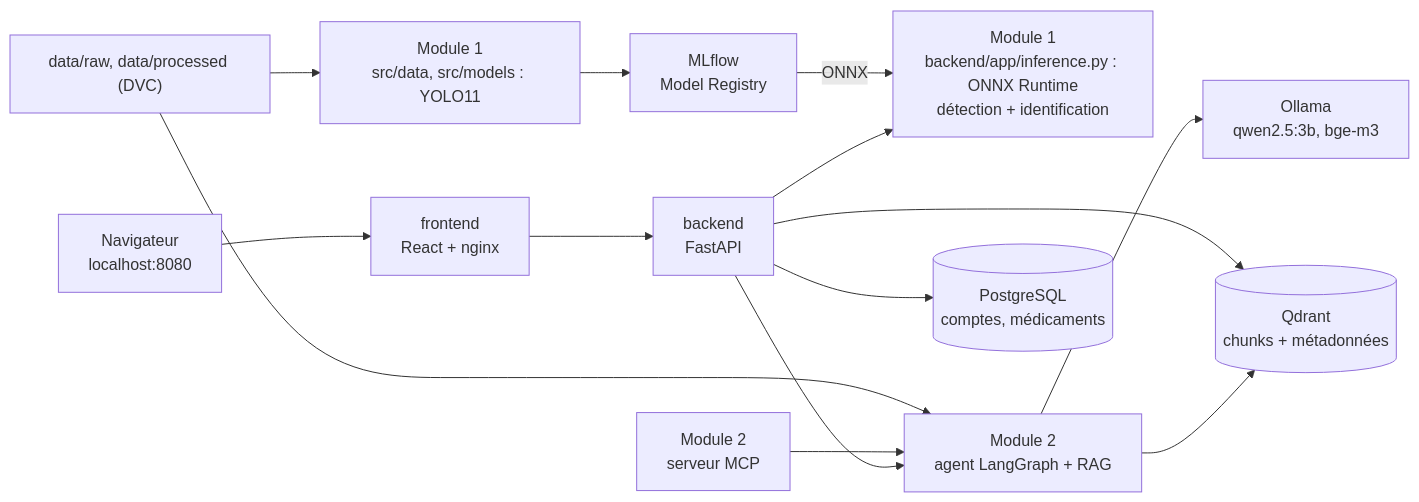
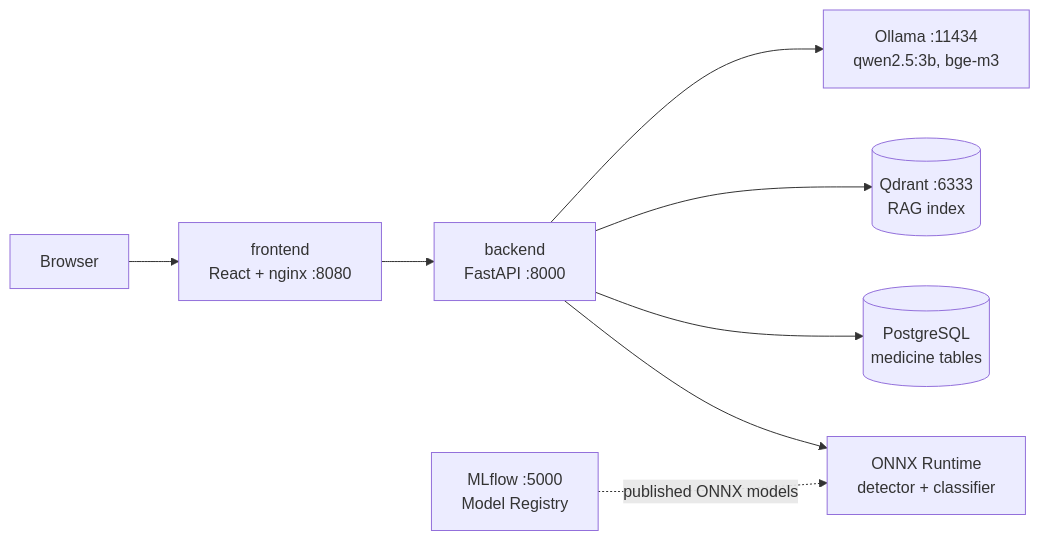
Before and after one commit to melekbouabid/syRX: the diagram in README.md, drawn with Mermaid. The commit also changed other lines of this file and 107 other files, not shown here.

First line of the commit message:
docs(docs): restructure into architecture, data, api, decisions and one guide per module

````diff
--- a/README.md
+++ b/README.md
@@ -36,16 +18,10 @@
 ```mermaid
 flowchart LR
-  U["Navigateur<br/>localhost:8080"] --> FE["frontend<br/>React + nginx"]
-  FE --> BE["backend<br/>FastAPI"]
-  BE --> M1["Module 1<br/>backend/app/inference.py : ONNX Runtime<br/>détection + identification"]
-  BE --> M2["Module 2<br/>agent LangGraph + RAG"]
-  MCP["Module 2<br/>serveur MCP"] --> M2
-  M2 --> OL["Ollama<br/>qwen2.5:3b, bge-m3"]
-  M2 --> QD[("Qdrant<br/>chunks + métadonnées")]
-  BE --> QD
-  BE --> PG[("PostgreSQL<br/>comptes, médicaments")]
-  TR["Module 1<br/>src/data, src/models : YOLO11"] --> MLF["MLflow<br/>Model Registry"]
-  MLF -- "ONNX" --> M1
-  D["data/raw, data/processed (DVC)"] --> TR
-  D --> M2
+  user["Browser"] --> fe["frontend<br/>React + nginx :8080"]
+  fe --> be["backend<br/>FastAPI :8000"]
+  be --> onnx["ONNX Runtime<br/>detector + classifier"]
+  be --> pg[("PostgreSQL<br/>medicine tables")]
+  be --> qd[("Qdrant :6333<br/>RAG index")]
+  be --> ol["Ollama :11434<br/>qwen2.5:3b, bge-m3"]
+  mlf["MLflow :5000<br/>Model Registry"] -. "published ONNX models" .-> onnx
 ```
````
